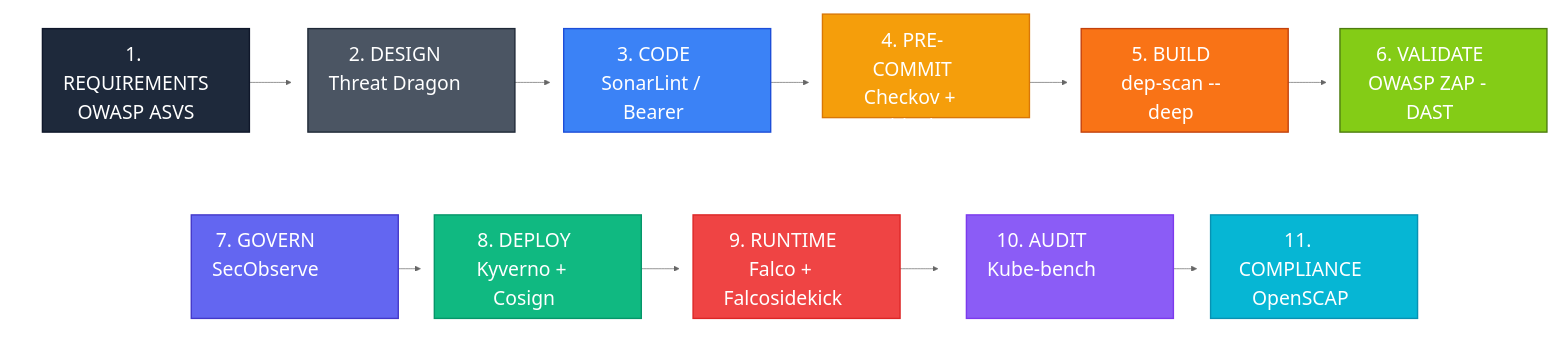
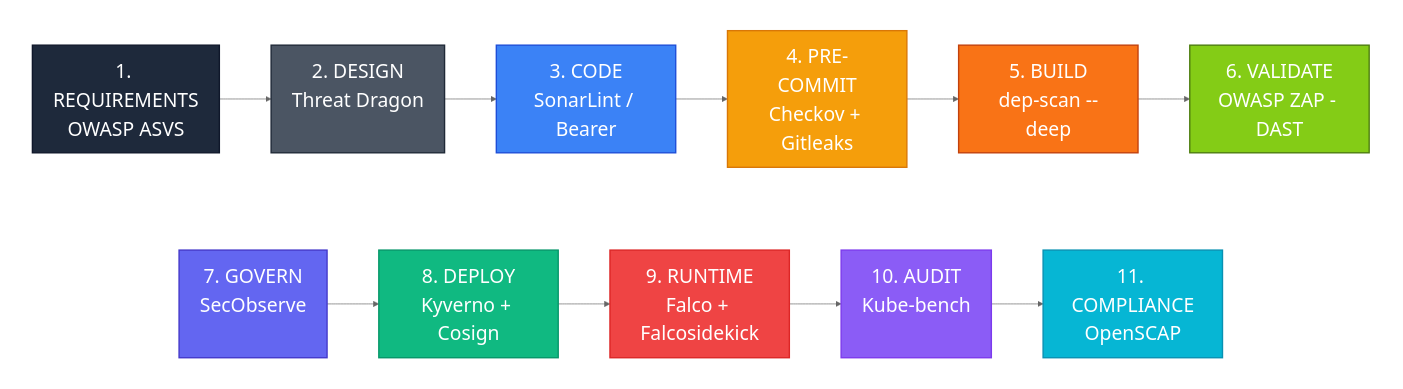
Before and after one commit to dimk1301/Guides: the first of 3 diagrams in test-guide.md, drawn with Mermaid (neutral theme).

````diff
--- a/test-guide.md
+++ b/test-guide.md
@@ -25,36 +25,36 @@
 ```mermaid
 flowchart TD
     %% Define font size AND exact dimensions so all boxes match
-    classDef uniformSize font-size:28px,width:300px,height:150px;
+    classDef uniformSize font-size:28px;
 
     subgraph Row1 [" "]
         direction LR
         1[1. REQUIREMENTS<br/>OWASP ASVS] --> 2[2. DESIGN<br/>Threat Dragon <br/><br/>] --> 3[3. CODE<br/>SonarLint / Bearer] --> 4[4. PRE-COMMIT<br/>Checkov + Gitleaks] --> 5[5. BUILD<br/>dep-scan --deep] --> 6[6. VALIDATE<br/>OWASP ZAP - DAST]
     end
 
     Row1 ~~~ Row2
 
     subgraph Row2 [" "]
         direction LR
         7[7. GOVERN<br/>SecObserve <br/><br/>] --> 8[8. DEPLOY<br/>Kyverno + Cosign] --> 9[9. RUNTIME<br/>Falco + Falcosidekick] --> 10[10. AUDIT<br/>Kube-bench <br/><br/>] --> 11[11. COMPLIANCE<br/>OpenSCAP]
     end
 
     style Row1 fill:none,stroke:none
     style Row2 fill:none,stroke:none
 
     %% Apply the uniform sizing class to all nodes
     class 1,2,3,4,5,6,7,8,9,10,11 uniformSize;
 
     %% Your original color styling remains intact
     style 1 fill:#1E293B,stroke:#0F172A,stroke-width:2px,color:#fff
     style 2 fill:#4B5563,stroke:#1F2937,stroke-width:2px,color:#fff
     style 3 fill:#3B82F6,stroke:#1D4ED8,stroke-width:2px,color:#fff
     style 4 fill:#F59E0B,stroke:#D97706,stroke-width:2px,color:#fff
     style 5 fill:#F97316,stroke:#C2410C,stroke-width:2px,color:#fff
     style 6 fill:#84CC16,stroke:#4D7C0F,stroke-width:2px,color:#fff
     style 7 fill:#6366F1,stroke:#4338CA,stroke-width:2px,color:#fff
     style 8 fill:#10B981,stroke:#059669,stroke-width:2px,color:#fff
     style 9 fill:#EF4444,stroke:#DC2626,stroke-width:2px,color:#fff
     style 10 fill:#8B5CF6,stroke:#7C3AED,stroke-width:2px,color:#fff
     style 11 fill:#06B6D4,stroke:#0891B2,stroke-width:2px,color:#fff
 ```
````
